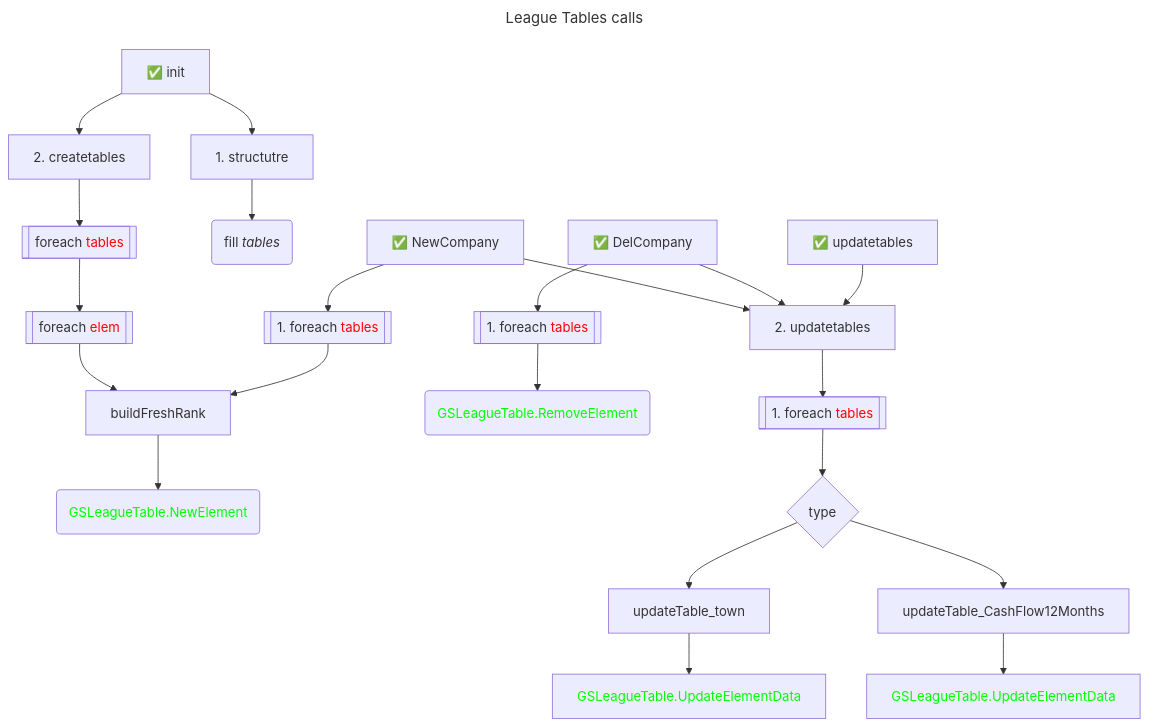
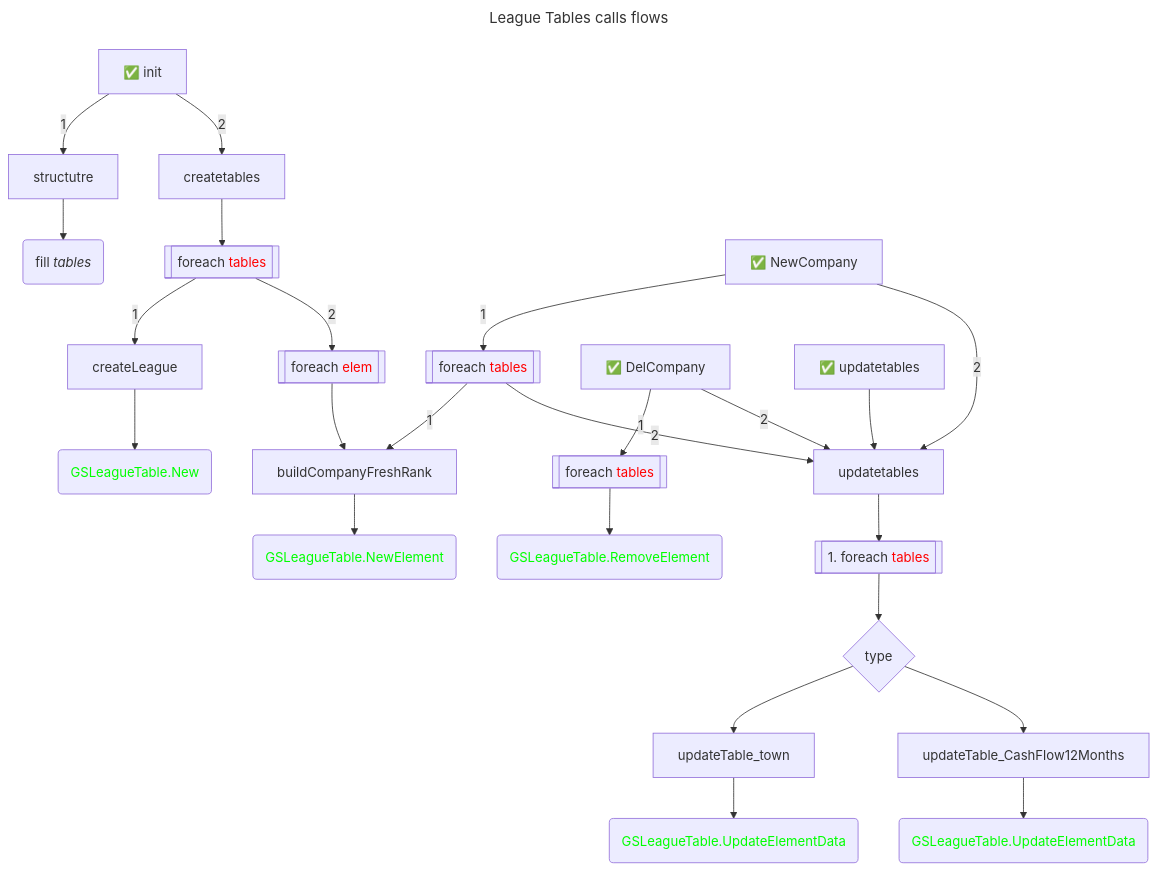
One commit to primer97/ctct changed the diagram in docs/leaguetable-chart.mermaid. Above: the diagram before and after it, drawn with Mermaid. The commit also changed other lines of this file and 1 other file, not shown here.

Commit message:
league : refact leaguetable class.

```diff
--- a/docs/leaguetable-chart.mermaid
+++ b/docs/leaguetable-chart.mermaid
@@ -1,27 +1,29 @@
 ---
-title: League Tables calls
+title: League Tables calls flows
 ---
 flowchart
 
-    A[✅ init] --> A1[1. structutre]
-    A --> A2[2. createtables]
+    A[✅ init] --1--> A1[structutre]
+    A --2--> A2[createtables]
     A2 --> A3[[foreach <font color=red>tables</font>]]
-    A3 --> A4[[foreach <font color=red>elem</font>]]
-    A4 --> BFR[buildFreshRank]
+    A3 --1--> A31[createLeague] --> A310(<font color=lime>GSLeagueTable.New</font>)
+    A3 --2--> A4[[foreach <font color=red>elem</font>]]
+    A4 --> BFR[buildCompanyFreshRank]
     BFR --> NE(<font color=lime>GSLeagueTable.NewElement</font>)
 
     A1 --> A11(fill <i>tables</i>)
 
-    NC[✅ NewCompany] --> NC2[[1. foreach <font color=red>tables</font>]]
-    NC --> UP[2. updatetables]
-    NC2 -->BFR
+    NC[✅ NewCompany] --1--> NC2[[foreach <font color=red>tables</font>]]
+    NC --2--> UP[updatetables]
+    NC2 --1--> BFR
+    NC2 --2--> UP
 
-    DC[✅ DelCompany] --> DC2[[1. foreach <font color=red>tables</font>]]
-    DC --> UP
+    DC[✅ DelCompany] --1--> DC2[[foreach <font color=red>tables</font>]]
+    DC --2--> UP
     DC2 --> DC3(<font color=lime>GSLeagueTable.RemoveElement</font>)
 
     UP0[✅ updatetables] --> UP
     UP --> UP2[[1. foreach <font color=red>tables</font>]]
     UP2 --> UP3{type}
-    UP3 --> UPTWON[updateTable_town] --> UPT1[<font color=lime>GSLeagueTable.UpdateElementData</font>]
-    UP3 --> UPCF[updateTable_CashFlow12Months] --> UPT2[<font color=lime>GSLeagueTable.UpdateElementData</font>]
+    UP3 --> UPTWON[updateTable_town] --> UPT1(<font color=lime>GSLeagueTable.UpdateElementData</font)
+    UP3 --> UPCF[updateTable_CashFlow12Months] --> UPT2(<font color=lime>GSLeagueTable.UpdateElementData</font>)
```
